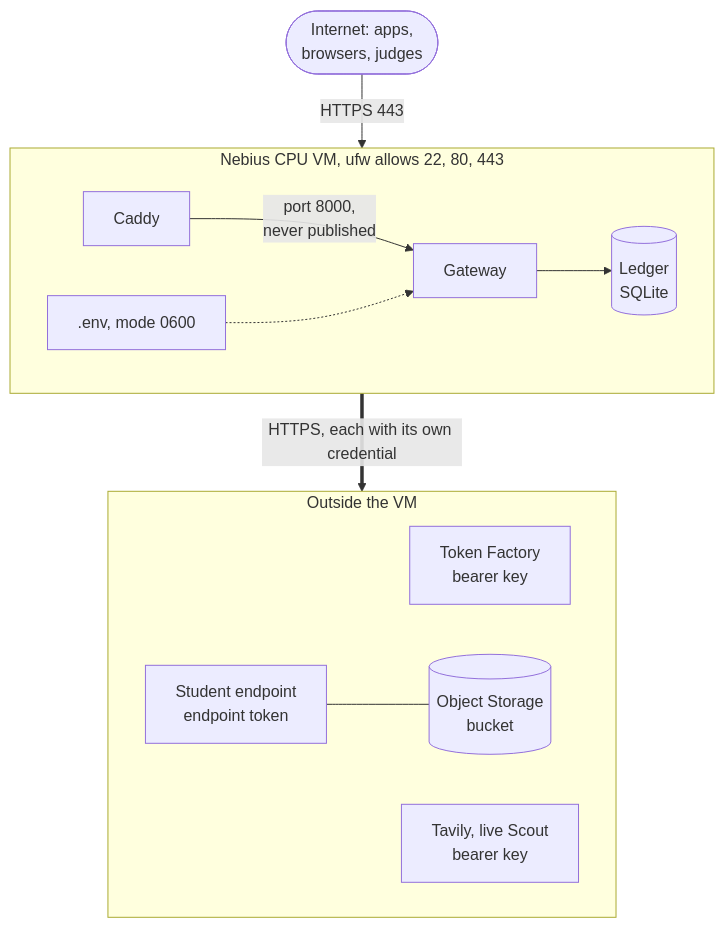
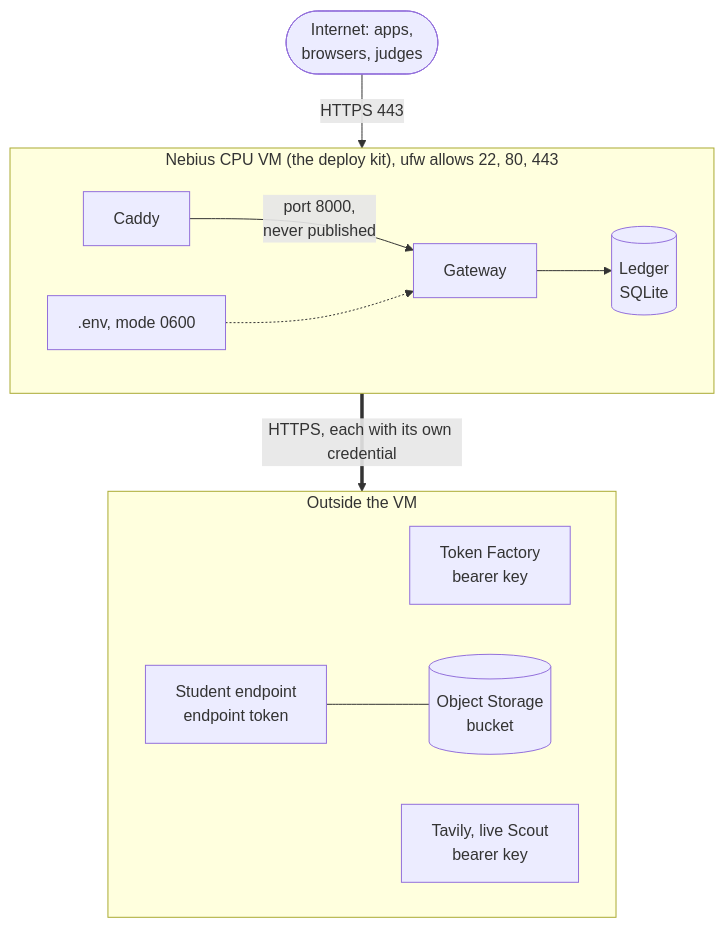
Before and after one commit to harshbhx/ratchet: the first of 4 diagrams in docs-site/src/content/docs/guides/security.mdx, drawn with Mermaid. The commit also changed other lines of this file and 155 other files, not shown here.

First line of the commit message:
Fix the review findings and add the architecture diagram (#39)

````diff
--- a/docs-site/src/content/docs/guides/security.mdx
+++ b/docs-site/src/content/docs/guides/security.mdx
@@ -41,22 +41,22 @@
 ```mermaid
 flowchart TB
   U(["Internet: apps,<br/>browsers, judges"]) -->|"HTTPS 443"| VM
-  subgraph VM["Nebius CPU VM, ufw allows 22, 80, 443"]
+  subgraph VM["Nebius CPU VM (the deploy kit), ufw allows 22, 80, 443"]
     direction LR
     C["Caddy"] -->|"port 8000,<br/>never published"| G["Gateway"]
     G --> L[("Ledger<br/>SQLite")]
     E[".env, mode 0600"] -.-> G
   end
   VM ==>|"HTTPS, each with its own credential"| Out
   subgraph Out["Outside the VM"]
     direction LR
     T["Token Factory<br/>bearer key"]
     S["Student endpoint<br/>endpoint token"] --- B[("Object Storage<br/>bucket")]
     V["Tavily, live Scout<br/>bearer key"]
   end
 
   class T teacher
   class S student
   class V outline
   class L,B store
 ```
````
